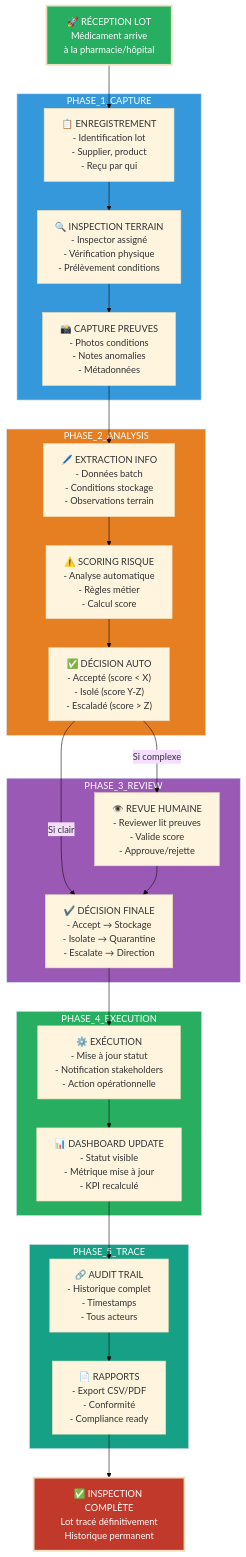
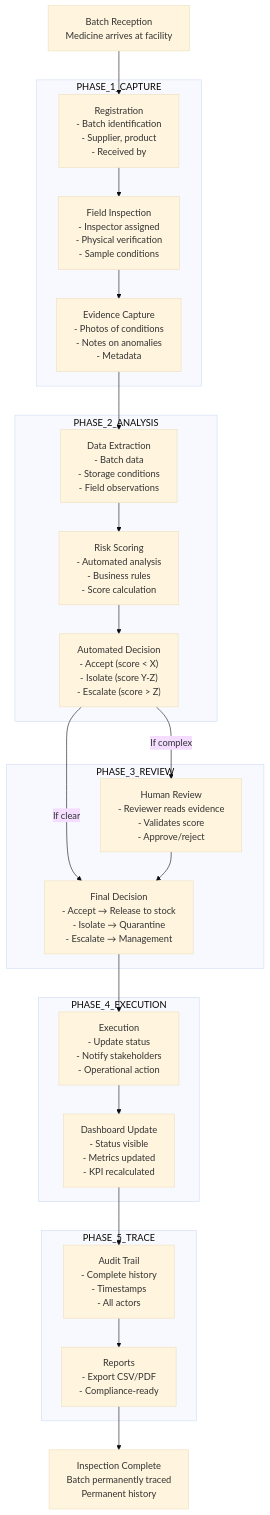
One commit to AbraImani/Authmed_Backend_intern changed the diagram in docs/product/end-to-end-product-flow.md. Above: the diagram before and after it, drawn with Mermaid (base theme). The commit also changed 27 other files, not shown here.

Commit message:
docs: remove emojis, translate to English, standardize diagrams and remove color styles

````diff
--- a/docs/product/end-to-end-product-flow.md
+++ b/docs/product/end-to-end-product-flow.md
@@ -9,59 +9,53 @@
 ```mermaid
 flowchart TD
-    Start["🚀 RÉCEPTION LOT<br/>Médicament arrive<br/>à la pharmacie/hôpital"]
+   Start["Batch Reception<br/>Medicine arrives at facility"]
     
     subgraph "PHASE_1_CAPTURE"
-        C1["📋 ENREGISTREMENT<br/>- Identification lot<br/>- Supplier, product<br/>- Reçu par qui"]
-        C2["🔍 INSPECTION TERRAIN<br/>- Inspector assigné<br/>- Vérification physique<br/>- Prélèvement conditions"]
-        C3["📸 CAPTURE PREUVES<br/>- Photos conditions<br/>- Notes anomalies<br/>- Métadonnées"]
+      C1["Registration<br/>- Batch identification<br/>- Supplier, product<br/>- Received by"]
+      C2["Field Inspection<br/>- Inspector assigned<br/>- Physical verification<br/>- Sample conditions"]
+      C3["Evidence Capture<br/>- Photos of conditions<br/>- Notes on anomalies<br/>- Metadata"]
     end
     
     subgraph "PHASE_2_ANALYSIS"
-        A1["🖊️ EXTRACTION INFO<br/>- Données batch<br/>- Conditions stockage<br/>- Observations terrain"]
-        A2["⚠️ SCORING RISQUE<br/>- Analyse automatique<br/>- Règles métier<br/>- Calcul score"]
-        A3["✅ DÉCISION AUTO<br/>- Accepté (score < X)<br/>- Isolé (score Y-Z)<br/>- Escaladé (score > Z)"]
+      A1["Data Extraction<br/>- Batch data<br/>- Storage conditions<br/>- Field observations"]
+      A2["Risk Scoring<br/>- Automated analysis<br/>- Business rules<br/>- Score calculation"]
+      A3["Automated Decision<br/>- Accept (score < X)<br/>- Isolate (score Y-Z)<br/>- Escalate (score > Z)"]
     end
     
     subgraph "PHASE_3_REVIEW"
-        R1["👁️ REVUE HUMAINE<br/>- Reviewer lit preuves<br/>- Valide score<br/>- Approuve/rejette"]
-        R2["✔️ DÉCISION FINALE<br/>- Accept → Stockage<br/>- Isolate → Quarantine<br/>- Escalate → Direction"]
+      R1["Human Review<br/>- Reviewer reads evidence<br/>- Validates score<br/>- Approve/reject"]
+      R2["Final Decision<br/>- Accept → Release to stock<br/>- Isolate → Quarantine<br/>- Escalate → Management"]
     end
     
     subgraph "PHASE_4_EXECUTION"
-        E1["⚙️ EXÉCUTION<br/>- Mise à jour statut<br/>- Notification stakeholders<br/>- Action opérationnelle"]
-        E2["📊 DASHBOARD UPDATE<br/>- Statut visible<br/>- Métrique mise à jour<br/>- KPI recalculé"]
+      E1["Execution<br/>- Update status<br/>- Notify stakeholders<br/>- Operational action"]
+      E2["Dashboard Update<br/>- Status visible<br/>- Metrics updated<br/>- KPI recalculated"]
     end
     
     subgraph "PHASE_5_TRACE"
-        T1["🔗 AUDIT TRAIL<br/>- Historique complet<br/>- Timestamps<br/>- Tous acteurs"]
-        T2["📄 RAPPORTS<br/>- Export CSV/PDF<br/>- Conformité<br/>- Compliance ready"]
+      T1["Audit Trail<br/>- Complete history<br/>- Timestamps<br/>- All actors"]
+      T2["Reports<br/>- Export CSV/PDF<br/>- Compliance-ready"]
     end
     
     Start --> C1
     C1 --> C2
     C2 --> C3
     
     C3 --> A1
     A1 --> A2
     A2 --> A3
     
-    A3 -->|Si complexe| R1
-    A3 -->|Si clair| R2
+   A3 -->|If complex| R1
+   A3 -->|If clear| R2
     R1 --> R2
     
     R2 --> E1
     E1 --> E2
     
     E2 --> T1
     T1 --> T2
     
-    T2 --> End["✅ INSPECTION COMPLÈTE<br/>Lot tracé définitivement<br/>Historique permanent"]
+   T2 --> End["Inspection Complete<br/>Batch permanently traced<br/>Permanent history"]
     
-    style Start fill:#27ae60,color:#fff,stroke-width:3px
-    style PHASE_1_CAPTURE fill:#3498db,color:#fff
-    style PHASE_2_ANALYSIS fill:#e67e22,color:#fff
-    style PHASE_3_REVIEW fill:#9b59b6,color:#fff
-    style PHASE_4_EXECUTION fill:#27ae60,color:#fff
-    style PHASE_5_TRACE fill:#16a085,color:#fff
-    style End fill:#c0392b,color:#fff,stroke-width:3px
+   %% Diagram colors removed for accessibility and consistency
 ```
````
